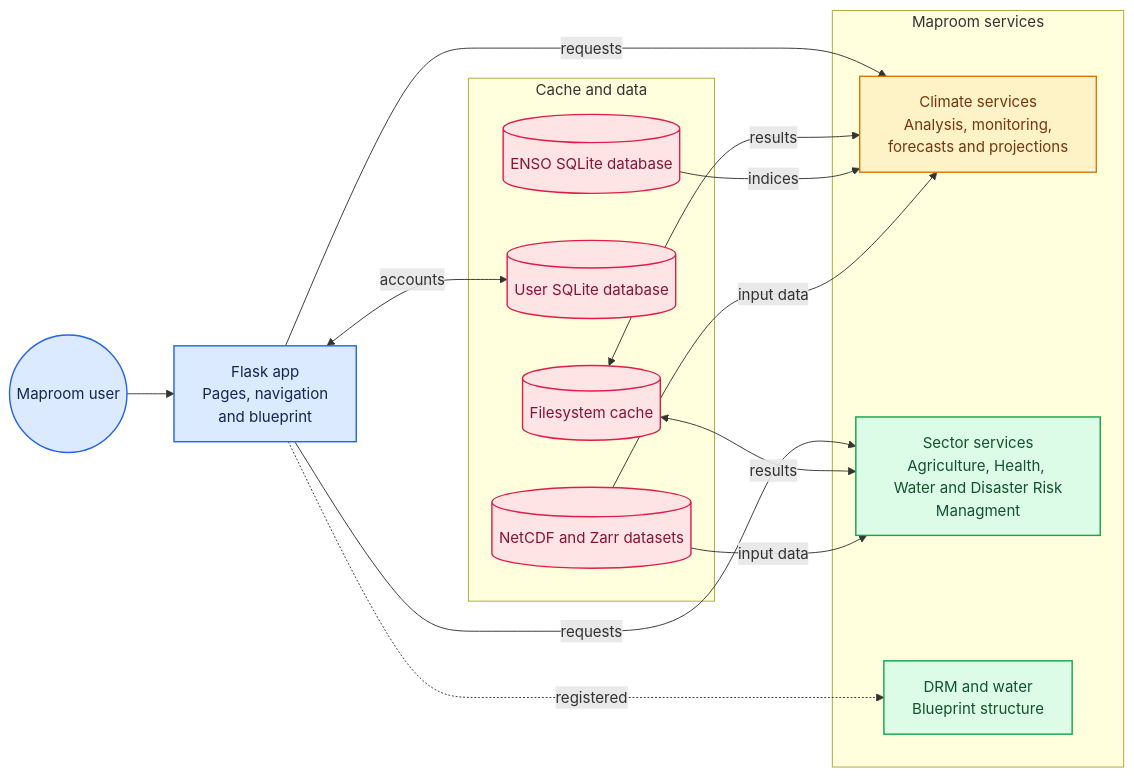
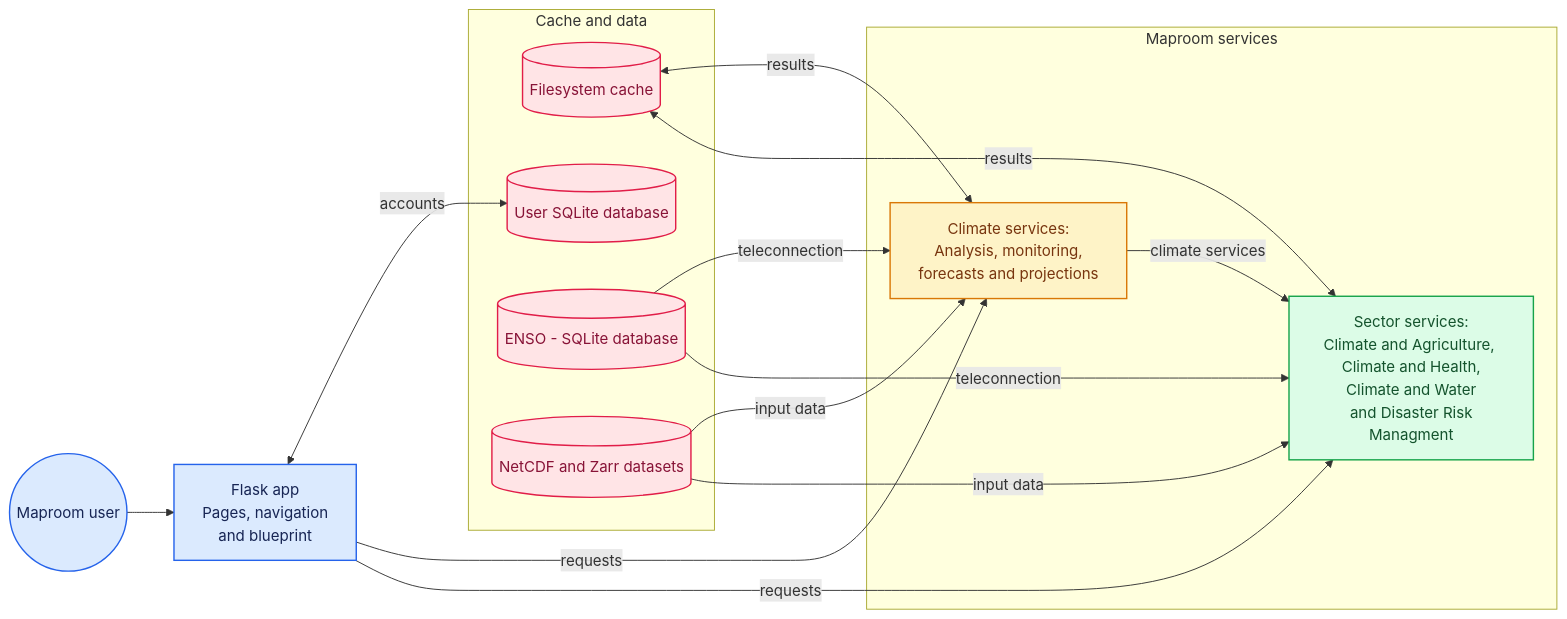
The first of 2 diagrams in docs/1-overview.md (haja-sei/maprooms-docs-dev), drawn with Mermaid before and after one commit. The commit also changed other lines of this file and 3 other files, not shown here.

Commit message:
update chart workflow

````diff
--- a/docs/1-overview.md
+++ b/docs/1-overview.md
@@ -35,39 +36,40 @@
 ```mermaid
 flowchart LR
   user(("Maproom user"))
   app["Flask app<br/>Pages, navigation<br/>and blueprint"]
 
   subgraph data["Cache and data"]
     cache[("Filesystem cache")]
     users[("User SQLite database")]
-    enso[("ENSO SQLite database")]
+    enso[("ENSO - SQLite database")]
     datasets[("NetCDF and Zarr datasets")]
   end
 
   subgraph services["Maproom services"]
-    climate["Climate services<br/>Analysis, monitoring,<br/>forecasts and projections"]
-    sectors["Sector services<br/>Agriculture, Health, <br> Water and Disaster Risk Managment"]
-    structure["DRM and water<br/>Blueprint structure"]
+    climate["Climate services:<br/>Analysis, monitoring,<br/>forecasts and projections"]
+    sectors["Sector services:<br/>Climate and Agriculture, <br/> Climate and Health, <br/> Climate and Water <br/> and Disaster Risk Managment"]
   end
 
   user --> app
   app <-->|"accounts"| users
   app -->|"requests"| climate
   app -->|"requests"| sectors
-  app -.->|"registered"| structure
   cache <-->|"results"| climate
   cache <-->|"results"| sectors
-  enso -->|"indices"| climate
+  enso -->|"teleconnection"| climate
+  enso -->|"teleconnection"| sectors
   datasets -->|"input data"| climate
   datasets -->|"input data"| sectors
+  climate -->|"climate services"| sectors
+
 
   classDef toneBlue fill:#dbeafe,stroke:#2563eb,stroke-width:1.5px,color:#172554
   classDef toneAmber fill:#fef3c7,stroke:#d97706,stroke-width:1.5px,color:#78350f
   classDef toneMint fill:#dcfce7,stroke:#16a34a,stroke-width:1.5px,color:#14532d
   classDef toneRose fill:#ffe4e6,stroke:#e11d48,stroke-width:1.5px,color:#881337
   class user,app toneBlue
   class climate toneAmber
   class sectors,structure toneMint
   class cache,users,enso,datasets toneRose
 
 ```
````
